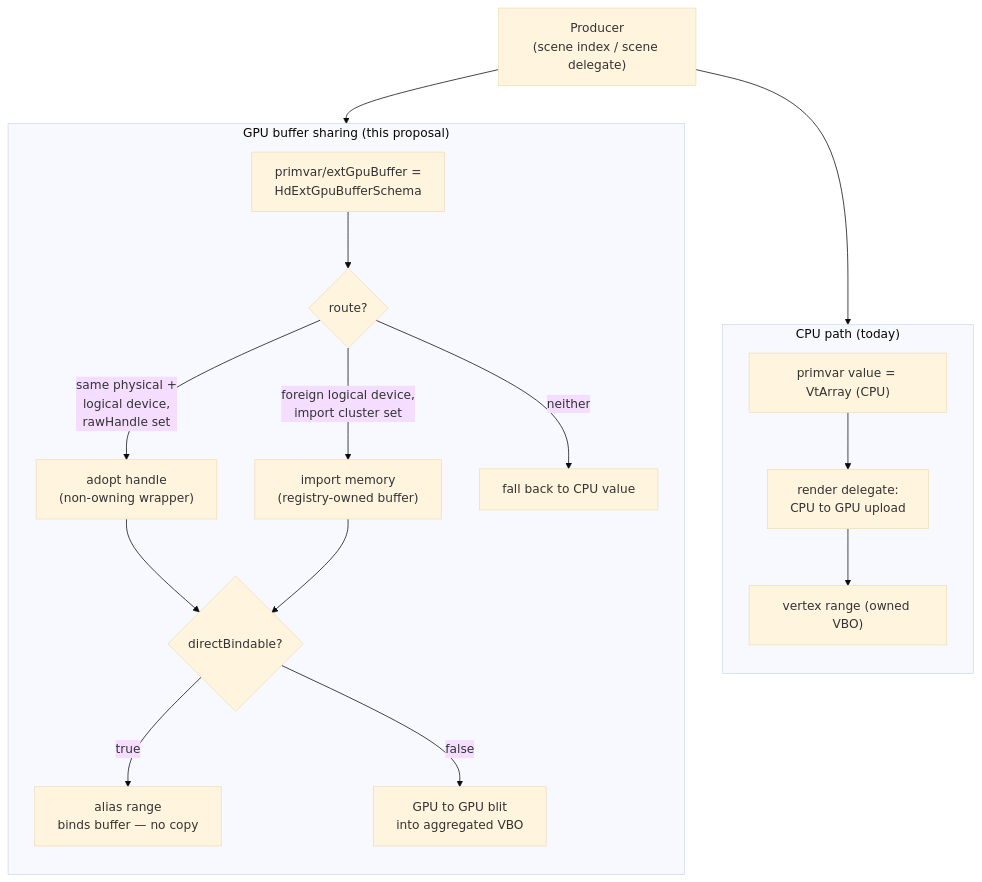
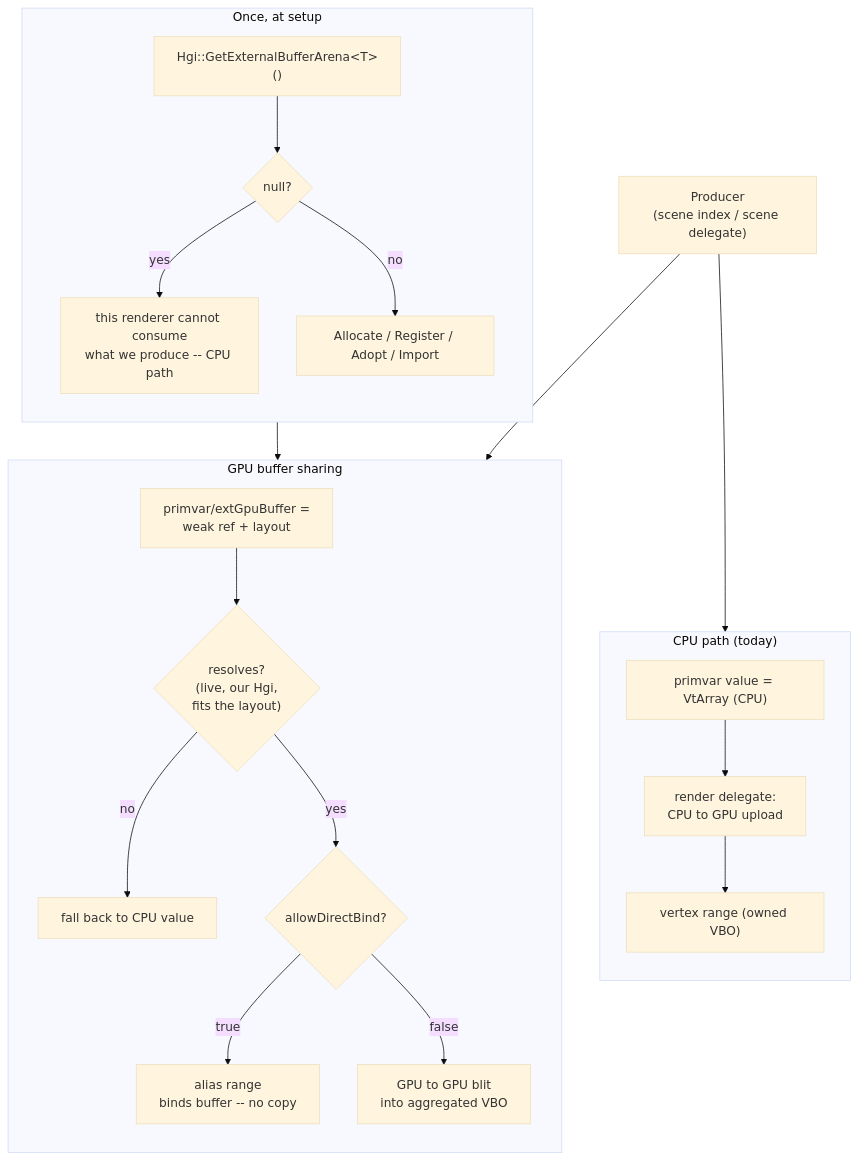
Before and after one commit to PixarAnimationStudios/OpenUSD: the first of 2 diagrams in docs/user_guides/schemas/extGpuBuffer/external_gpu_buffer_proposal.md, drawn with Mermaid (base theme). The commit also changed other lines of this file, not shown here.

Commit message:
update proposal doc

````diff
--- a/docs/user_guides/schemas/extGpuBuffer/external_gpu_buffer_proposal.md
+++ b/docs/user_guides/schemas/extGpuBuffer/external_gpu_buffer_proposal.md
@@ -497,25 +362,30 @@
 ```mermaid
 flowchart TD
   P["Producer<br/>(scene index / scene delegate)"]
+
+  subgraph setup["Once, at setup"]
+    direction TB
+    G["Hgi::GetExternalBufferArena&lt;T&gt;()"] --> N{"null?"}
+    N -->|yes| CPU1["this renderer cannot consume<br/>what we produce -- CPU path"]
+    N -->|no| RT["Allocate / Register / Adopt / Import"]
+  end
 
   subgraph old["CPU path (today)"]
     direction TB
     P1["primvar value = VtArray (CPU)"] --> U["render delegate:<br/>CPU to GPU upload"] --> B1["vertex range (owned VBO)"]
   end
 
-  subgraph new["GPU buffer sharing (this proposal)"]
+  subgraph new["GPU buffer sharing"]
     direction TB
-    S["primvar/extGpuBuffer =<br/>HdExtGpuBufferSchema"]
-    S --> R{"route?"}
-    R -->|"same physical +<br/>logical device,<br/>rawHandle set"| A["adopt handle<br/>(non-owning wrapper)"]
-    R -->|"foreign logical device,<br/>import cluster set"| I["import memory<br/>(registry-owned buffer)"]
-    R -->|"neither"| F["fall back to CPU value"]
-    A --> D2{"directBindable?"}
-    I --> D2
-    D2 -->|true| D["alias range<br/>binds buffer — no copy"]
+    S["primvar/extGpuBuffer =<br/>weak ref + layout"]
+    S --> V{"resolves?<br/>(live, our Hgi,<br/>fits the layout)"}
+    V -->|no| F["fall back to CPU value"]
+    V -->|yes| D2{"allowDirectBind?"}
+    D2 -->|true| D["alias range<br/>binds buffer -- no copy"]
     D2 -->|false| C["GPU to GPU blit<br/>into aggregated VBO"]
   end
 
   P --> P1
+  RT --> S
   P --> S
 ```
````
